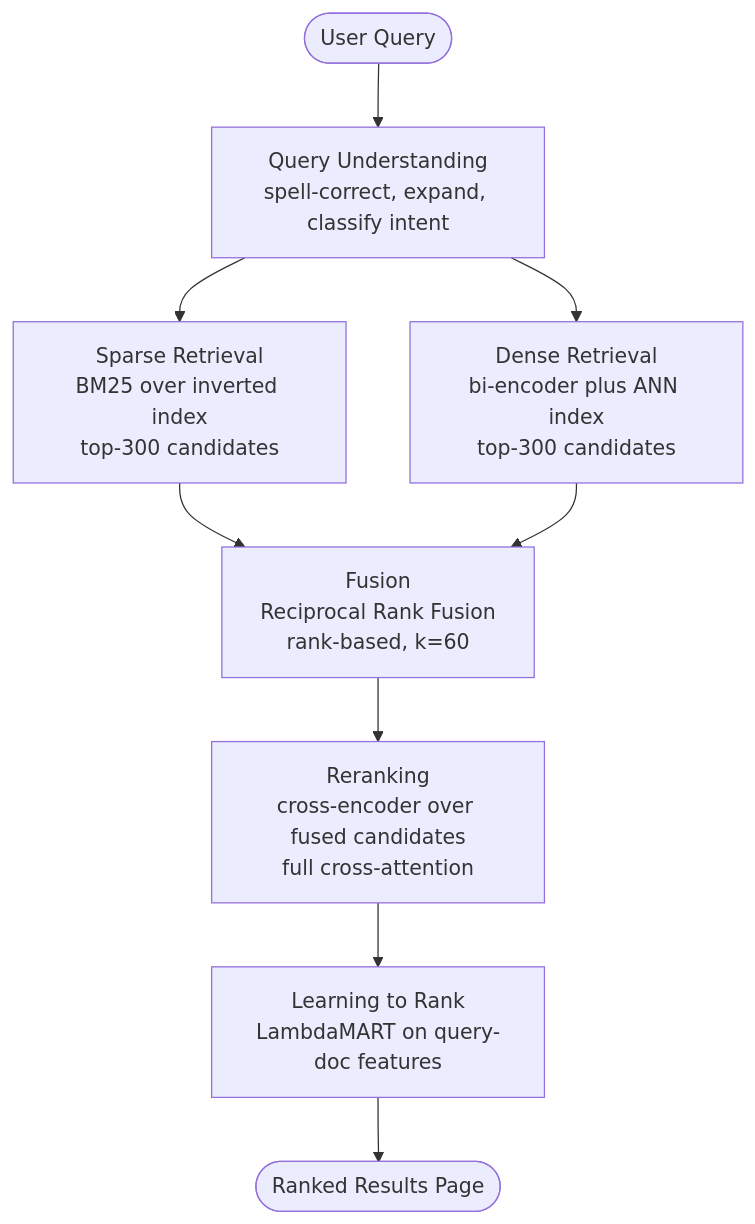
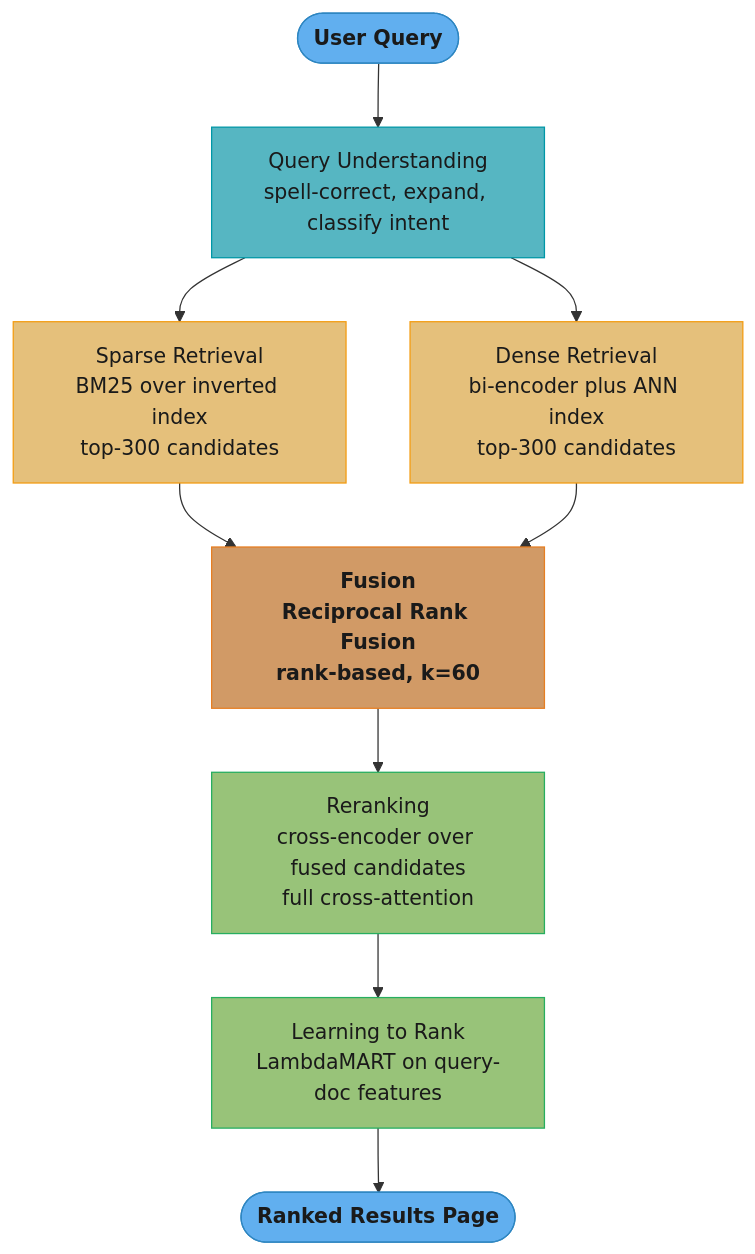
The second of 5 diagrams in src/main/java/com/rutik/systemdesign/ml/information_retrieval_and_search/information_retrieval_and_search.md (rppol/system-design), drawn with Mermaid before and after one commit. The commit also changed other lines of this file and 38 other files, not shown here.

````diff
--- a/src/main/java/com/rutik/systemdesign/ml/information_retrieval_and_search/information_retrieval_and_search.md
+++ b/src/main/java/com/rutik/systemdesign/ml/information_retrieval_and_search/information_retrieval_and_search.md
@@ -91,11 +102,25 @@
 ```mermaid
 flowchart TD
+    classDef io      fill:#61afef,stroke:#2e86c1,color:#1a1a1a,font-weight:bold
+    classDef frozen  fill:#c678dd,stroke:#9b59b6,color:#fff
+    classDef train   fill:#98c379,stroke:#27ae60,color:#1a1a1a
+    classDef mathOp  fill:#d19a66,stroke:#e67e22,color:#1a1a1a,font-weight:bold
+    classDef lossN   fill:#e06c75,stroke:#c0392b,color:#fff,font-weight:bold
+    classDef req     fill:#56b6c2,stroke:#0097a7,color:#1a1a1a
+    classDef base    fill:#e5c07b,stroke:#f39c12,color:#1a1a1a
+
     q(["User Query"]) --> qu["Query Understanding\nspell-correct, expand, classify intent"]
     qu --> sp["Sparse Retrieval\nBM25 over inverted index\ntop-300 candidates"]
     qu --> de["Dense Retrieval\nbi-encoder plus ANN index\ntop-300 candidates"]
     sp --> fu["Fusion\nReciprocal Rank Fusion\nrank-based, k=60"]
     de --> fu
     fu --> re["Reranking\ncross-encoder over fused candidates\nfull cross-attention"]
     re --> ltr["Learning to Rank\nLambdaMART on query-doc features"]
     ltr --> out(["Ranked Results Page"])
+
+    class q,out io
+    class qu req
+    class sp,de base
+    class fu mathOp
+    class re,ltr train
 ```
````
